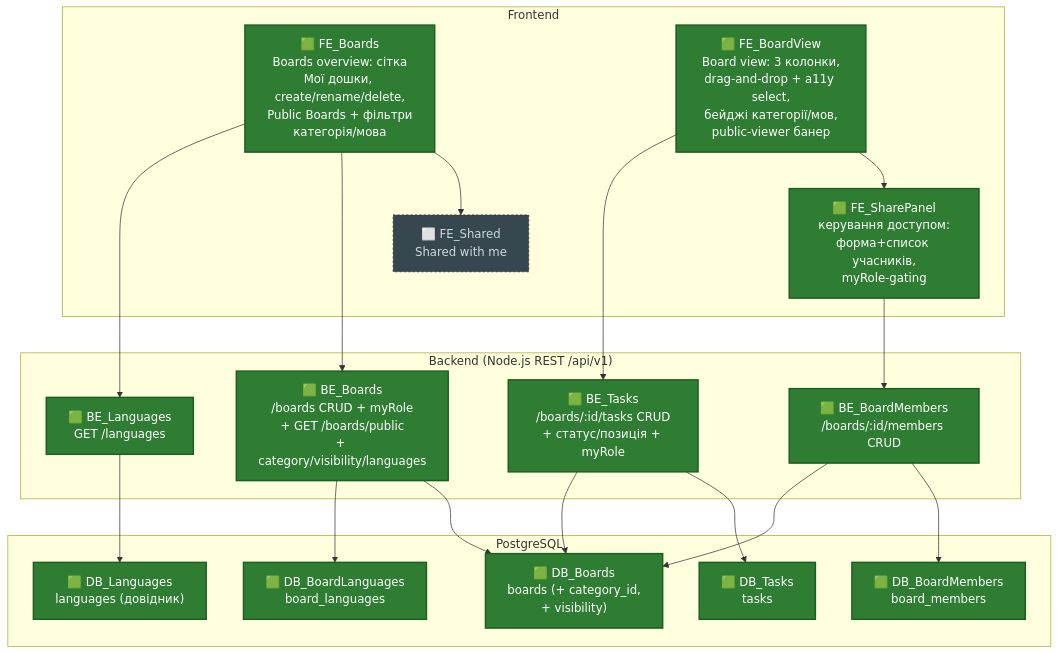
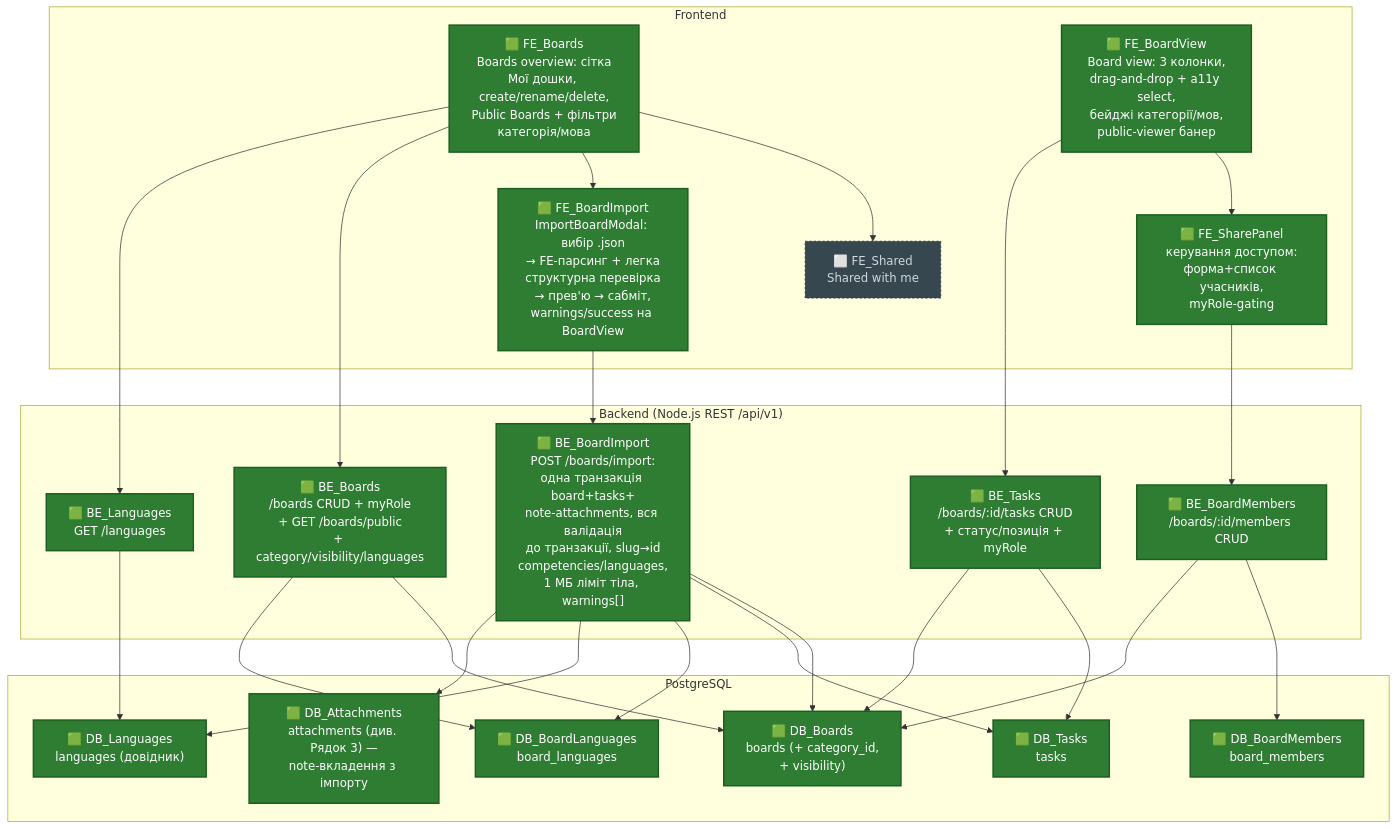
One commit to ansukhorukova/learn-it changed the second of 5 diagrams in PROJECT_MAP.md. Above: the diagram before and after it, drawn with Mermaid. The commit also changed other lines of this file and 3 other files, not shown here.

````diff
--- a/PROJECT_MAP.md
+++ b/PROJECT_MAP.md
@@ -74,45 +74,55 @@
 ```mermaid
 graph TD
   classDef done fill:#2e7d32,color:#ffffff,stroke:#1b5e20,stroke-width:2px;
   classDef progress fill:#f9a825,color:#1a1a1a,stroke:#f57f17,stroke-width:2px;
   classDef planned fill:#37474f,color:#cfd8dc,stroke:#263238,stroke-width:1px,stroke-dasharray: 3 3;
 
   subgraph FE["Frontend"]
     FE_Boards["🟩 FE_Boards<br/>Boards overview: сітка<br/>Мої дошки, create/rename/delete,<br/>Public Boards + фільтри<br/>категорія/мова"]
+    FE_BoardImport["🟩 FE_BoardImport<br/>ImportBoardModal: вибір .json<br/>→ FE-парсинг + легка<br/>структурна перевірка<br/>→ прев'ю → сабміт,<br/>warnings/success на BoardView"]
     FE_Shared["⬜ FE_Shared<br/>Shared with me"]
     FE_BoardView["🟩 FE_BoardView<br/>Board view: 3 колонки,<br/>drag-and-drop + a11y select,<br/>бейджі категорії/мов,<br/>public-viewer банер"]
     FE_SharePanel["🟩 FE_SharePanel<br/>керування доступом:<br/>форма+список учасників,<br/>myRole-gating"]
   end
 
   subgraph BE["Backend (Node.js REST /api/v1)"]
     BE_Boards["🟩 BE_Boards<br/>/boards CRUD + myRole<br/>+ GET /boards/public<br/>+ category/visibility/languages"]
+    BE_BoardImport["🟩 BE_BoardImport<br/>POST /boards/import:<br/>одна транзакція board+tasks+<br/>note-attachments, вся валідація<br/>до транзакції, slug→id<br/>competencies/languages,<br/>1 МБ ліміт тіла, warnings[]"]
     BE_BoardMembers["🟩 BE_BoardMembers<br/>/boards/:id/members CRUD"]
     BE_Tasks["🟩 BE_Tasks<br/>/boards/:id/tasks CRUD<br/>+ статус/позиція + myRole"]
     BE_Languages["🟩 BE_Languages<br/>GET /languages"]
   end
 
   subgraph DB["PostgreSQL"]
     DB_Boards["🟩 DB_Boards<br/>boards (+ category_id,<br/>+ visibility)"]
     DB_BoardMembers["🟩 DB_BoardMembers<br/>board_members"]
     DB_Tasks["🟩 DB_Tasks<br/>tasks"]
     DB_Languages["🟩 DB_Languages<br/>languages (довідник)"]
     DB_BoardLanguages["🟩 DB_BoardLanguages<br/>board_languages"]
+    DB_Attachments["🟩 DB_Attachments<br/>attachments (див. Рядок 3) —<br/>note-вкладення з імпорту"]
   end
 
   FE_Boards --> FE_Shared
+  FE_Boards --> FE_BoardImport
   FE_Boards --> BE_Boards
   FE_Boards --> BE_Languages
+  FE_BoardImport --> BE_BoardImport
   BE_Boards --> DB_Boards
   BE_Boards --> DB_BoardLanguages
   BE_Languages --> DB_Languages
+  BE_BoardImport --> DB_Boards
+  BE_BoardImport --> DB_Tasks
+  BE_BoardImport --> DB_BoardLanguages
+  BE_BoardImport --> DB_Languages
+  BE_BoardImport --> DB_Attachments
   FE_BoardView --> FE_SharePanel
   FE_SharePanel --> BE_BoardMembers
   BE_BoardMembers --> DB_BoardMembers
   BE_BoardMembers --> DB_Boards
   FE_BoardView --> BE_Tasks
   BE_Tasks --> DB_Tasks
   BE_Tasks --> DB_Boards
 
-  class FE_Boards,FE_BoardView,FE_SharePanel,BE_Boards,BE_BoardMembers,BE_Tasks,BE_Languages,DB_Boards,DB_BoardMembers,DB_Tasks,DB_Languages,DB_BoardLanguages done;
+  class FE_Boards,FE_BoardImport,FE_BoardView,FE_SharePanel,BE_Boards,BE_BoardImport,BE_BoardMembers,BE_Tasks,BE_Languages,DB_Boards,DB_BoardMembers,DB_Tasks,DB_Languages,DB_BoardLanguages,DB_Attachments done;
   class FE_Shared planned;
 ```
````
